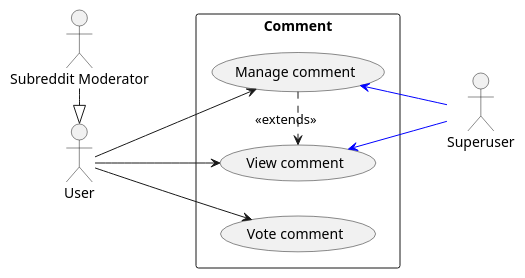
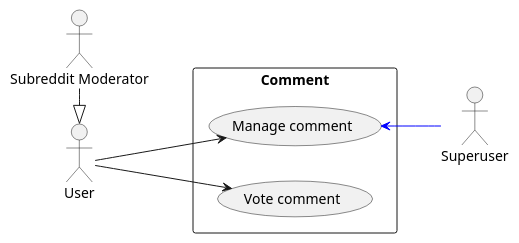
Before and after one commit to Huy-Ngo/reddit-design: the diagram in use_case_comment.puml, drawn with PlantUML. The commit also changed 5 other files, not shown here.

```diff
--- a/use_case_comment.puml
+++ b/use_case_comment.puml
@@ -1,26 +1,21 @@
 @startuml
 skinparam packageStyle rectangle
 left to right direction
 actor "User" as user
 actor "Subreddit Moderator" as mod
 actor "Superuser" as su
 mod -|> user
 
 rectangle Comment as cmt {
   usecase "Manage comment" as cmt_manage
-  usecase "View comment" as cmt_read
 
   usecase "Vote comment" as cmt_vote
 }
 
 user --> cmt_manage
-user --> cmt_read
 
 user --> cmt_vote
 
-cmt_read    <-[#blue]- su
 cmt_manage  <-[#blue]- su
 
-cmt_manage .> cmt_read : <<extends>>
-
 @enduml
```
